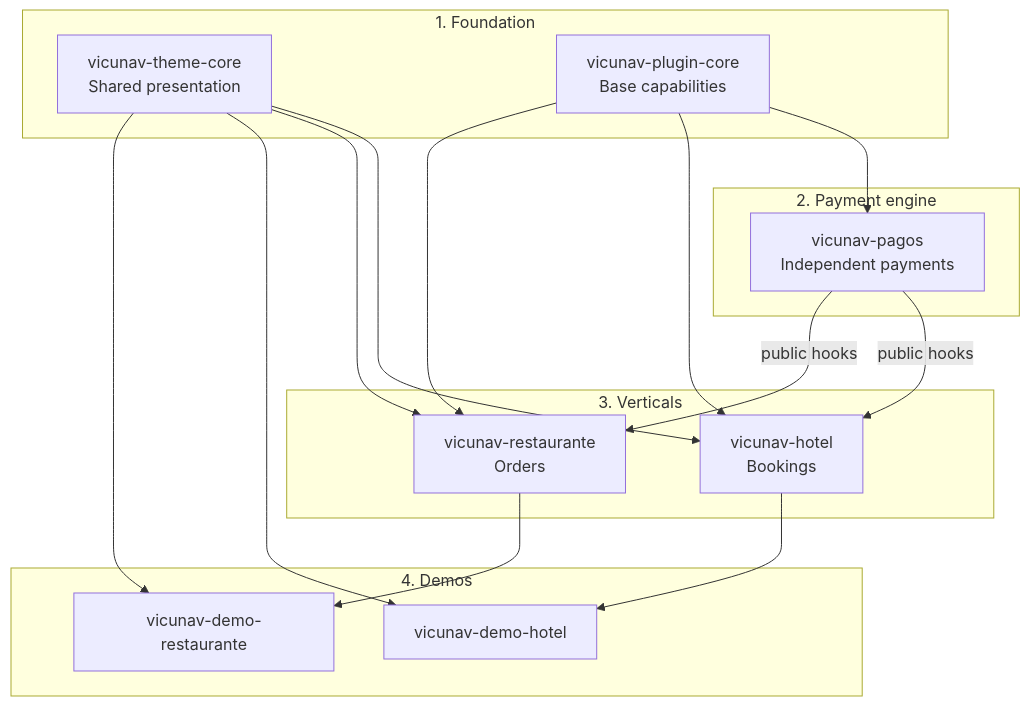
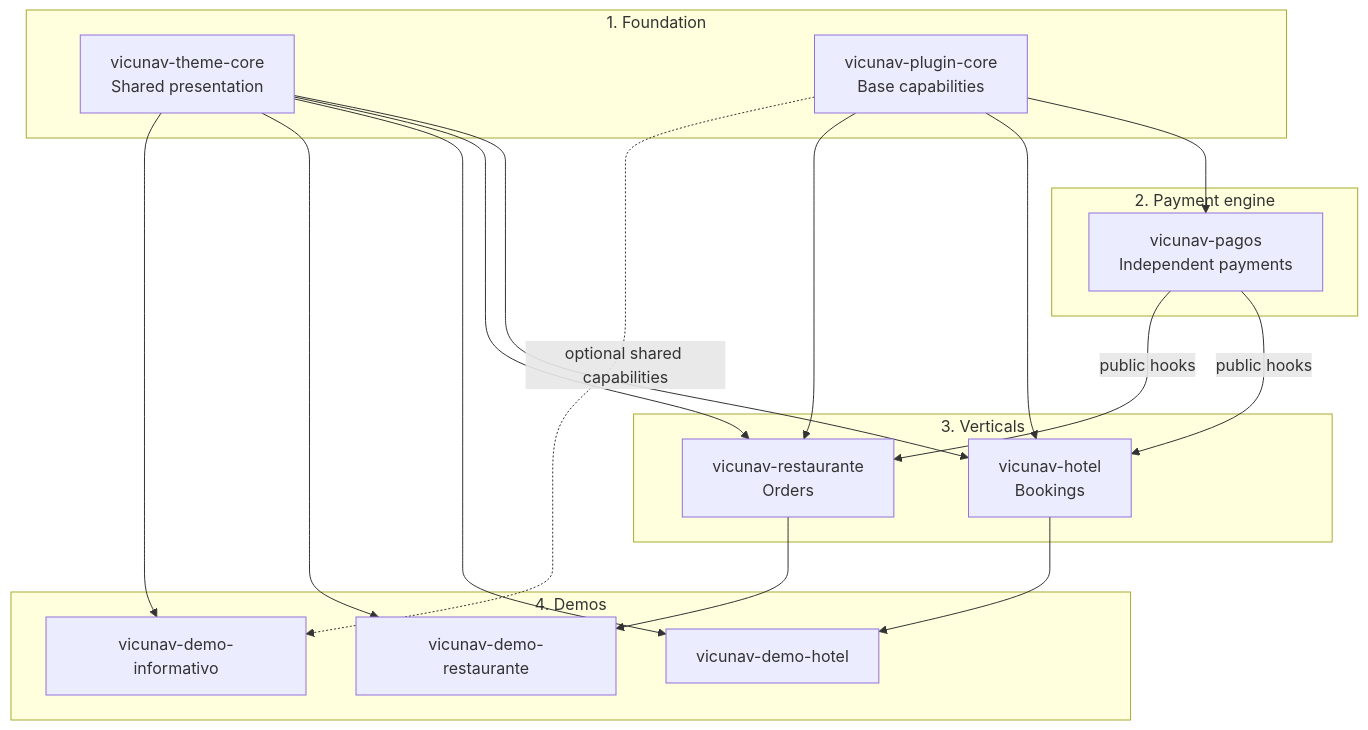
One commit to vicunav/vicunav-hub changed the diagram in README.md. Above: the diagram before and after it, drawn with Mermaid. The commit also changed other lines of this file and 5 other files, not shown here.

````diff
--- a/README.md
+++ b/README.md
@@ -13,33 +13,36 @@
 ```mermaid
 flowchart TB
     subgraph foundation["1. Foundation"]
         theme["vicunav-theme-core<br/>Shared presentation"]
         plugin["vicunav-plugin-core<br/>Base capabilities"]
     end
 
     subgraph payments["2. Payment engine"]
         payment["vicunav-pagos<br/>Independent payments"]
     end
 
     subgraph verticals["3. Verticals"]
         hotel["vicunav-hotel<br/>Bookings"]
         restaurant["vicunav-restaurante<br/>Orders"]
     end
 
     subgraph demos["4. Demos"]
+        demo_info["vicunav-demo-informativo"]
         demo_hotel["vicunav-demo-hotel"]
         demo_restaurant["vicunav-demo-restaurante"]
     end
 
     plugin --> payment
     theme --> hotel
     theme --> restaurant
     plugin --> hotel
     plugin --> restaurant
     payment -->|public hooks| hotel
     payment -->|public hooks| restaurant
     theme --> demo_hotel
     theme --> demo_restaurant
+    theme --> demo_info
+    plugin -.->|optional shared capabilities| demo_info
     hotel --> demo_hotel
     restaurant --> demo_restaurant
 ```
````
